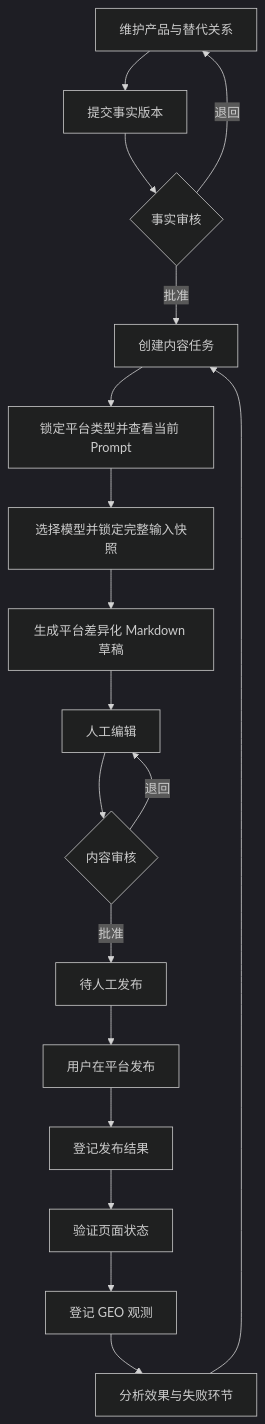
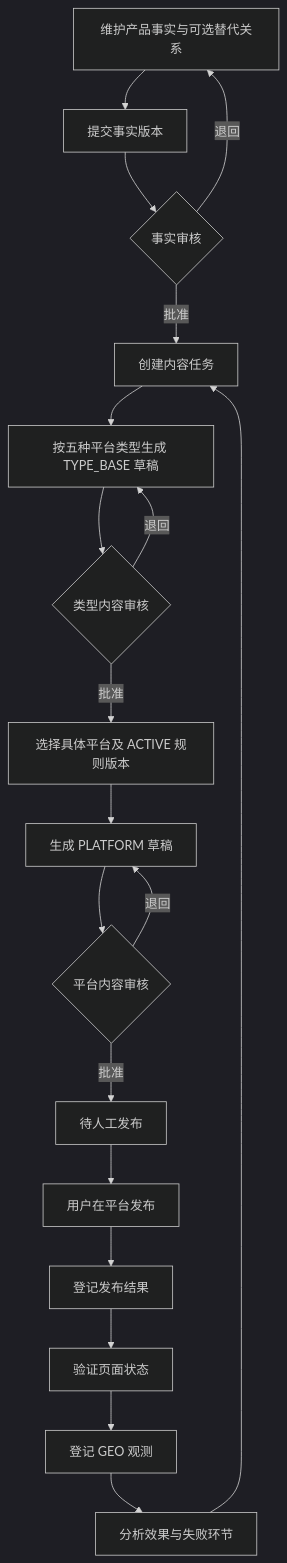
Before and after one commit to ccisnoxx/partsignal: the first of 4 diagrams in docs/GEO多平台内容运营系统方案设计.md, drawn with Mermaid (dark theme). The commit also changed other lines of this file and 241 other files, not shown here.

````diff
--- a/docs/GEO多平台内容运营系统方案设计.md
+++ b/docs/GEO多平台内容运营系统方案设计.md
@@ -139,20 +156,21 @@
 ```mermaid
 flowchart TD
-    A[维护产品与替代关系] --> B[提交事实版本]
+    A[维护产品事实与可选替代关系] --> B[提交事实版本]
     B --> C{事实审核}
     C -->|退回| A
     C -->|批准| D[创建内容任务]
-    D --> E[锁定平台类型并查看当前 Prompt]
-    E --> F[选择模型并锁定完整输入快照]
-    F --> G[生成平台差异化 Markdown 草稿]
-    G --> H[人工编辑]
-    H --> I{内容审核}
+    D --> E[按五种平台类型生成 TYPE_BASE 草稿]
+    E --> F{类型内容审核}
+    F -->|退回| E
+    F -->|批准| G[选择具体平台及 ACTIVE 规则版本]
+    G --> H[生成 PLATFORM 草稿]
+    H --> I{平台内容审核}
     I -->|退回| H
     I -->|批准| J[待人工发布]
     J --> K[用户在平台发布]
     K --> L[登记发布结果]
     L --> M[验证页面状态]
     M --> N[登记 GEO 观测]
     N --> O[分析效果与失败环节]
     O --> D
 ```
````
